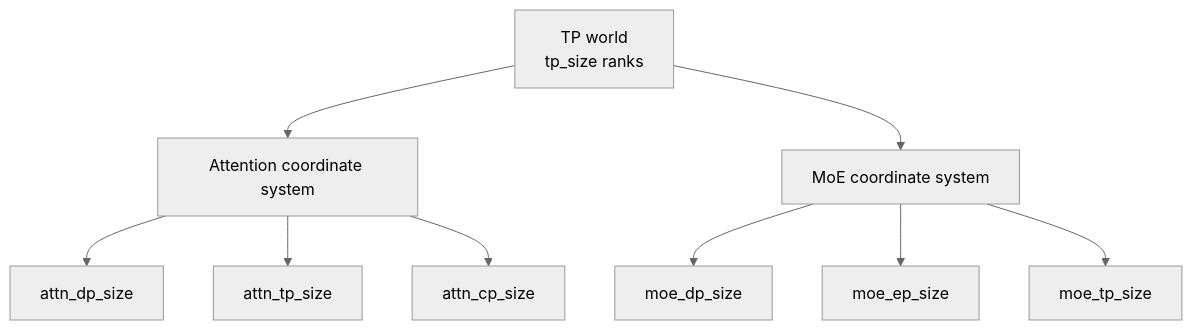
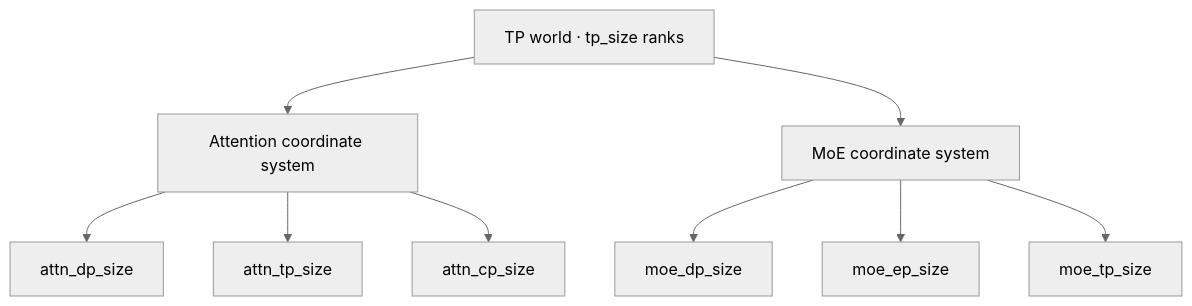
The first of 4 diagrams in docs/sglang/deepseek-v4-distributed-parallel-source-analysis.md (AkiYangDev/llm-inference-notes), drawn with Mermaid (neutral theme) before and after one commit. The commit also changed other lines of this file and 44 other files, not shown here.

```diff
--- a/docs/sglang/deepseek-v4-distributed-parallel-source-analysis.md
+++ b/docs/sglang/deepseek-v4-distributed-parallel-source-analysis.md
@@ -96,12 +74,12 @@
 ~~~mermaid
 flowchart TD
-    W[TP world<br/>tp_size ranks]
+    W[TP world · tp_size ranks]
     W --> A[Attention coordinate system]
     A --> ADP[attn_dp_size]
     A --> ATP[attn_tp_size]
     A --> ACP[attn_cp_size]
     W --> M[MoE coordinate system]
     M --> MDP[moe_dp_size]
     M --> EP[moe_ep_size]
     M --> MTP[moe_tp_size]
 ~~~
```
